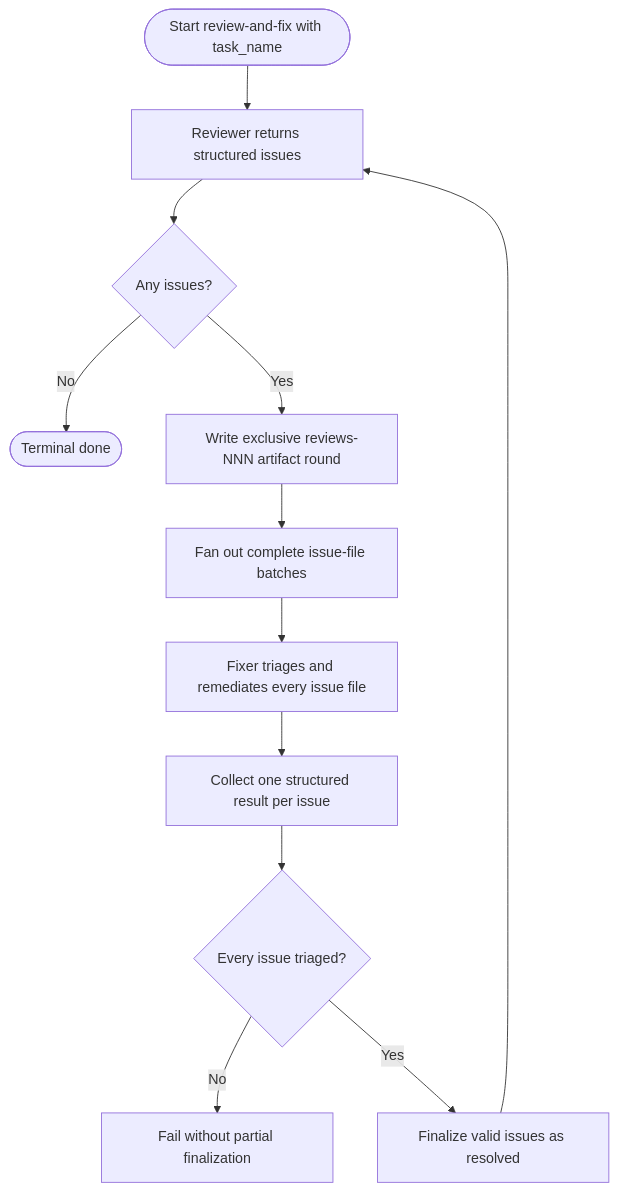
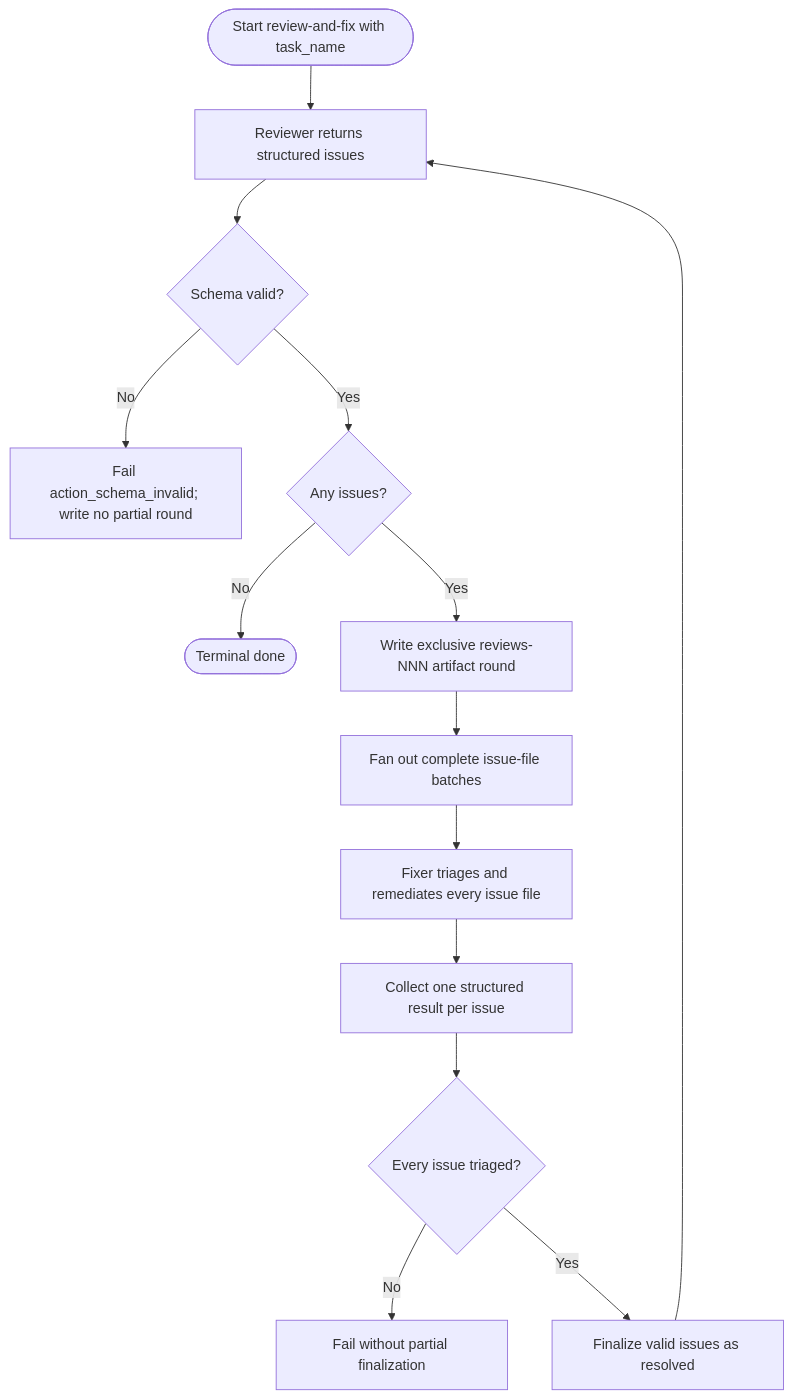
One commit to compozy/compozy changed the diagram in docs/qa/journeys/J-08-watch-and-maintain.md. Above: the diagram before and after it, drawn with Mermaid. The commit also changed other lines of this file and 33 other files, not shown here.

````diff
--- a/docs/qa/journeys/J-08-watch-and-maintain.md
+++ b/docs/qa/journeys/J-08-watch-and-maintain.md
@@ -9,14 +9,16 @@
 ```mermaid
 flowchart TD
     A([Start review-and-fix with task_name]) --> B[Reviewer returns structured issues]
-    B --> C{Any issues?}
+    B --> V{Schema valid?}
+    V -->|No| X[Fail action_schema_invalid; write no partial round]
+    V -->|Yes| C{Any issues?}
     C -->|No| D([Terminal done])
     C -->|Yes| E[Write exclusive reviews-NNN artifact round]
     E --> F[Fan out complete issue-file batches]
     F --> G[Fixer triages and remediates every issue file]
     G --> H[Collect one structured result per issue]
     H --> I{Every issue triaged?}
     I -->|No| J[Fail without partial finalization]
     I -->|Yes| K[Finalize valid issues as resolved]
     K --> B
 ```
````
